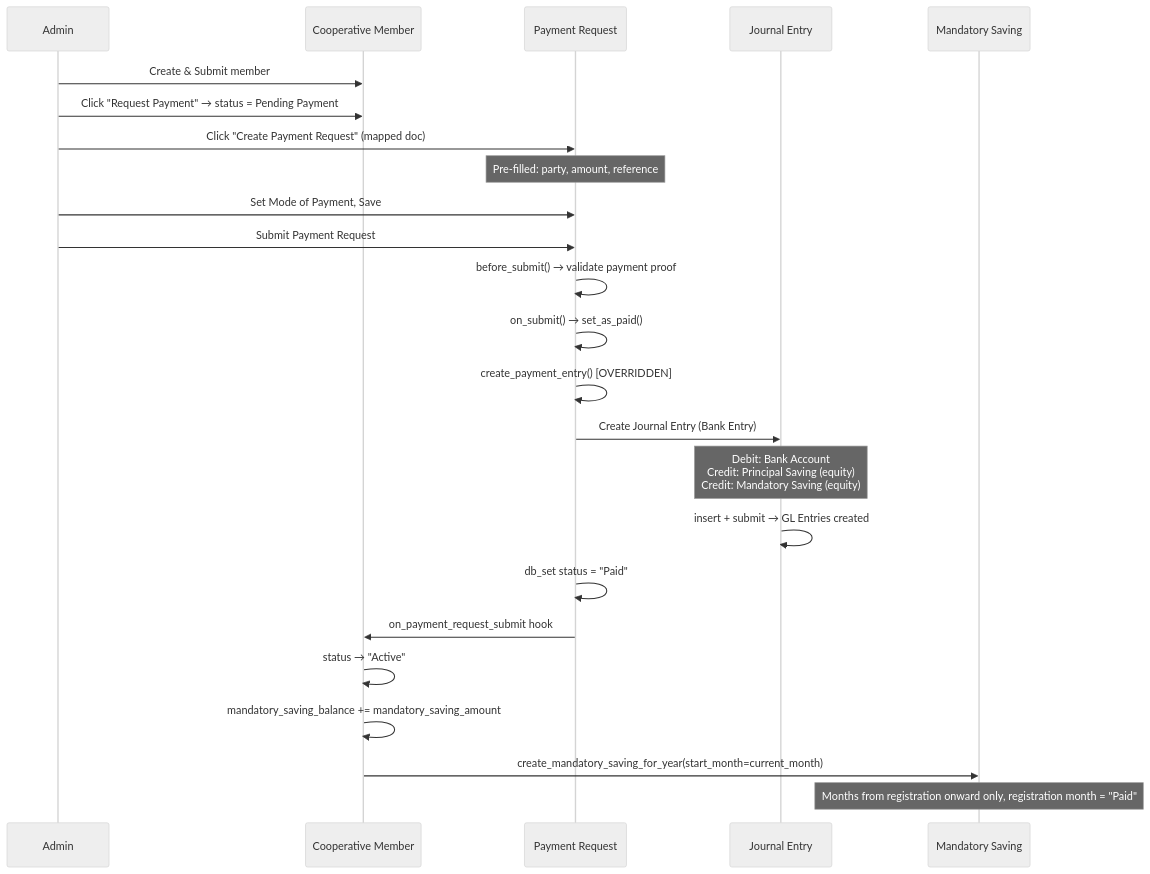
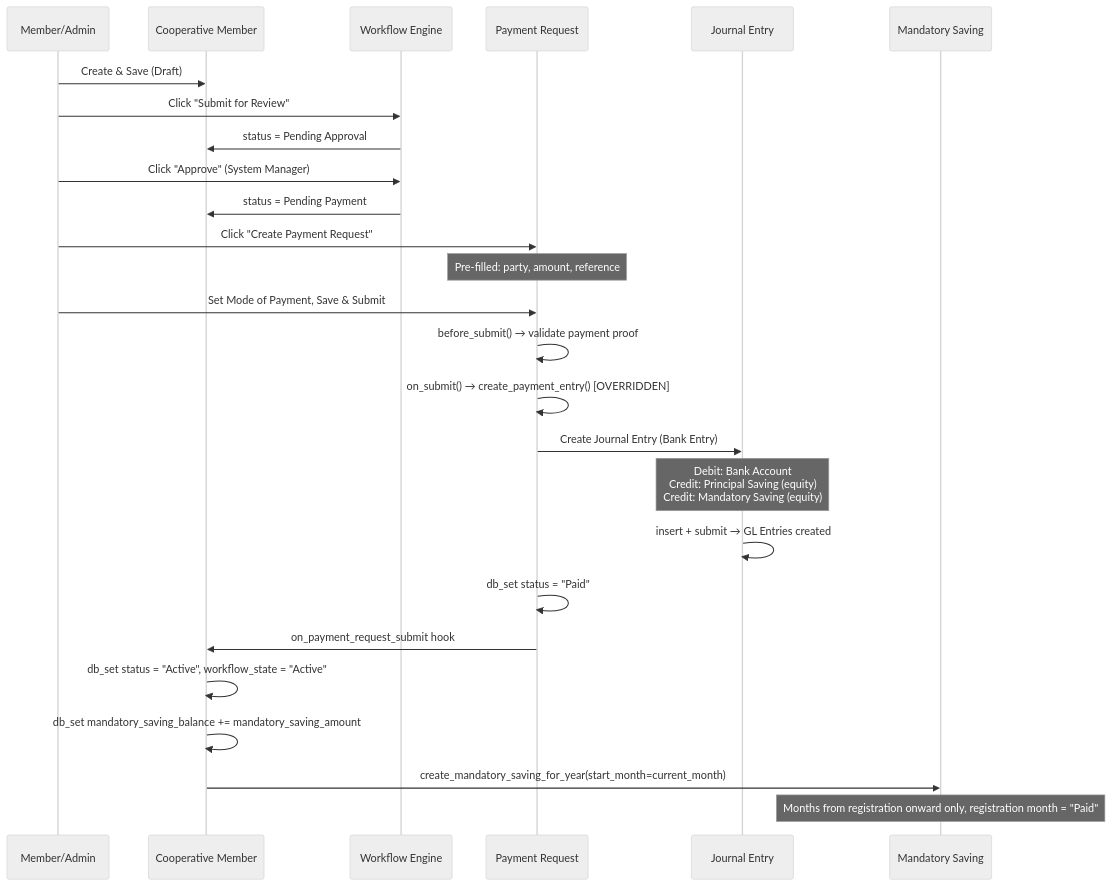
The second of 4 diagrams in docs/SAVING_DOCUMENTATION.md (Irfan234-afif/webshop), drawn with Mermaid (neutral theme) before and after one commit. The commit also changed other lines of this file and 22 other files, not shown here.

Commit message:
feat: Implement cooperative member registration workflow and introduce Mandatory and Voluntary Saving doctypes.

````diff
--- a/docs/SAVING_DOCUMENTATION.md
+++ b/docs/SAVING_DOCUMENTATION.md
@@ -142,30 +160,33 @@
 ```mermaid
 sequenceDiagram
-    participant Admin
+    participant Member/Admin
     participant CM as Cooperative Member
+    participant WF as Workflow Engine
     participant PR as Payment Request
     participant JE as Journal Entry
     participant MS as Mandatory Saving
 
-    Admin->>CM: Create & Submit member
-    Admin->>CM: Click "Request Payment" → status = Pending Payment
-    Admin->>PR: Click "Create Payment Request" (mapped doc)
+    Member/Admin->>CM: Create & Save (Draft)
+    Member/Admin->>WF: Click "Submit for Review"
+    WF->>CM: status = Pending Approval
+
+    Member/Admin->>WF: Click "Approve" (System Manager)
+    WF->>CM: status = Pending Payment
+
+    Member/Admin->>PR: Click "Create Payment Request"
     Note over PR: Pre-filled: party, amount, reference
-    Admin->>PR: Set Mode of Payment, Save
-    Admin->>PR: Submit Payment Request
+    Member/Admin->>PR: Set Mode of Payment, Save & Submit
 
     PR->>PR: before_submit() → validate payment proof
-    PR->>PR: on_submit() → set_as_paid()
-    PR->>PR: create_payment_entry() [OVERRIDDEN]
-
+    PR->>PR: on_submit() → create_payment_entry() [OVERRIDDEN]
     PR->>JE: Create Journal Entry (Bank Entry)
     Note over JE: Debit: Bank Account<br/>Credit: Principal Saving (equity)<br/>Credit: Mandatory Saving (equity)
     JE->>JE: insert + submit → GL Entries created
     PR->>PR: db_set status = "Paid"
 
     PR->>CM: on_payment_request_submit hook
-    CM->>CM: status → "Active"
-    CM->>CM: mandatory_saving_balance += mandatory_saving_amount
+    CM->>CM: db_set status = "Active", workflow_state = "Active"
+    CM->>CM: db_set mandatory_saving_balance += mandatory_saving_amount
     CM->>MS: create_mandatory_saving_for_year(start_month=current_month)
     Note over MS: Months from registration onward only, registration month = "Paid"
 ```
````
